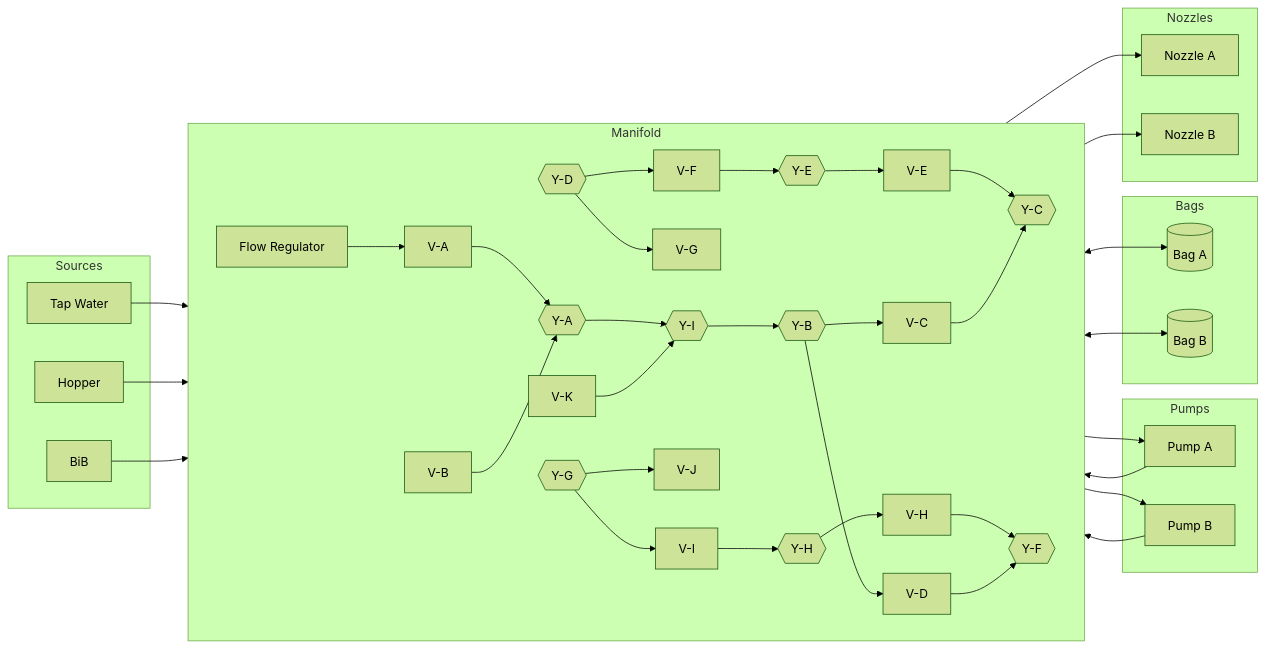
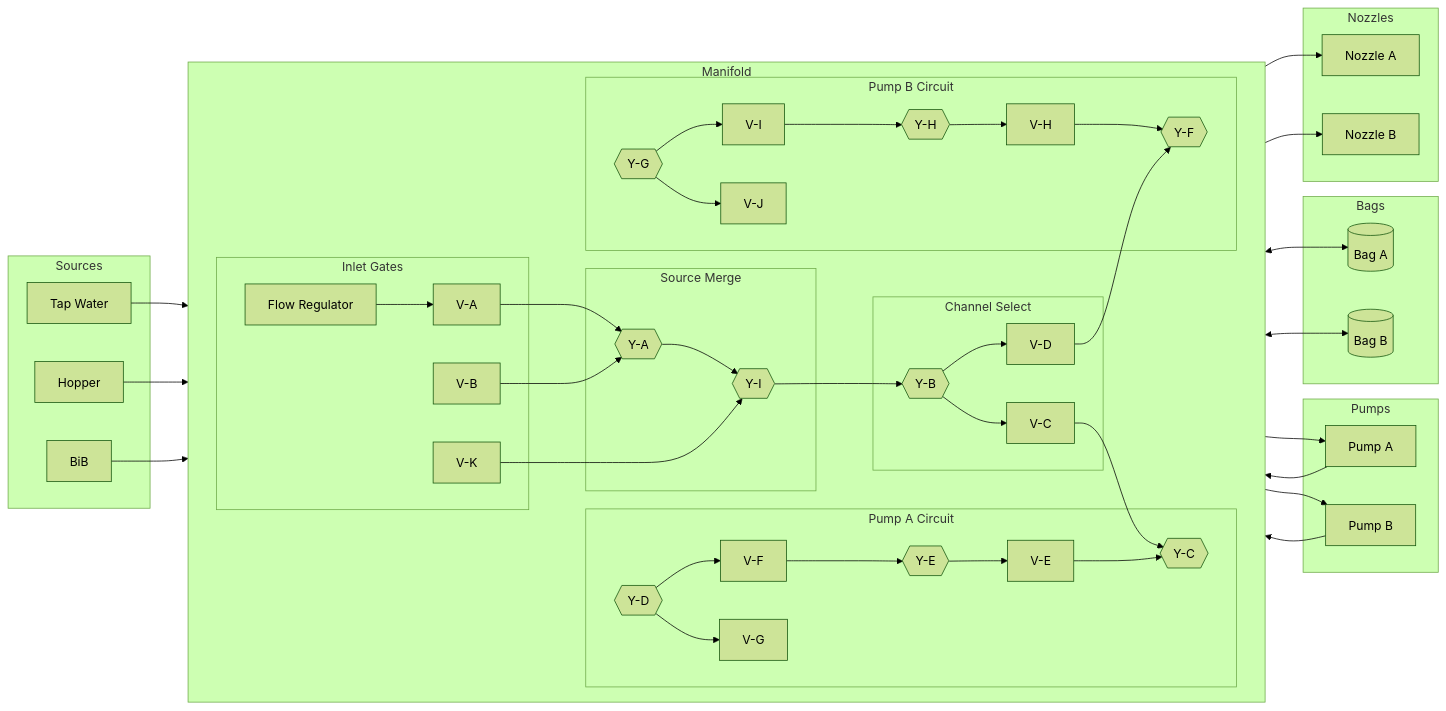
One commit to derekbreden/soda-flavor-injector changed the diagram in hardware/topology/fluid-topology-manifold.mmd. Above: the diagram before and after it, drawn with Mermaid (forest theme).

Commit message:
Add functional subgroups within manifold
Break manifold into Inlet Gates, Source Merge, Channel Select,
Pump A Circuit, and Pump B Circuit subgroups. Remove link styling
in favor of uniform default theme color.

```diff
--- a/hardware/topology/fluid-topology-manifold.mmd
+++ b/hardware/topology/fluid-topology-manifold.mmd
@@ -1,73 +1,114 @@
 flowchart LR
 
   %% =========================
   %% Remote components
   %% =========================
   subgraph Sources["Sources"]
     Tap["Tap Water"]
     Hopper["Hopper"]
     BiB["BiB"]
   end
 
   subgraph Pumps["Pumps"]
     PA["Pump A"]
     PB["Pump B"]
   end
 
   subgraph Bags["Bags"]
     BagA[("Bag A")]
     BagB[("Bag B")]
   end
 
   subgraph Nozzles["Nozzles"]
     NozzleA["Nozzle A"]
     NozzleB["Nozzle B"]
   end
 
   %% =========================
   %% Manifold
   %% =========================
   subgraph Manifold["Manifold"]
     direction LR
 
-    %% Source selection
-    Reg["Flow Regulator"] --> VA["V-A"] --> YA{{"Y-A"}}
-    VB["V-B"] --> YA
-    YA --> YI{{"Y-I"}}
-    VK["V-K"] --> YI
-    YI --> YB{{"Y-B"}}
-    YB --> VC["V-C"]
-    YB --> VD["V-D"]
+    subgraph InletGates["Inlet Gates"]
+      Reg["Flow Regulator"]
+      VA["V-A"]
+      VB["V-B"]
+      VK["V-K"]
+    end
 
-    %% Channel A
-    VE["V-E"] --> YC{{"Y-C"}}
+    subgraph SourceMerge["Source Merge"]
+      YA{{"Y-A"}}
+      YI{{"Y-I"}}
+    end
+
+    subgraph ChannelSelect["Channel Select"]
+      YB{{"Y-B"}}
+      VC["V-C"]
+      VD["V-D"]
+    end
+
+    subgraph PumpACircuit["Pump A Circuit"]
+      VE["V-E"]
+      YC{{"Y-C"}}
+      YD{{"Y-D"}}
+      VF["V-F"]
+      VG["V-G"]
+      YE{{"Y-E"}}
+    end
+
+    subgraph PumpBCircuit["Pump B Circuit"]
+      VH["V-H"]
+      YF{{"Y-F"}}
+      YG{{"Y-G"}}
+      VI["V-I"]
+      VJ["V-J"]
+      YH{{"Y-H"}}
+    end
+
+    %% Inlet Gates connections
+    Reg --> VA
+    VA --> YA
+    VB --> YA
+    VK --> YI
+
+    %% Source Merge connections
+    YA --> YI
+    YI --> YB
+
+    %% Channel Select connections
+    YB --> VC
+    YB --> VD
+
+    %% Pump A Circuit connections
     VC --> YC
-    YD{{"Y-D"}} --> VG["V-G"]
-    YD --> VF["V-F"]
-    VF --> YE{{"Y-E"}}
+    VE --> YC
+    YD --> VG
+    YD --> VF
+    VF --> YE
     YE --> VE
 
-    %% Channel B
-    VH["V-H"] --> YF{{"Y-F"}}
+    %% Pump B Circuit connections
     VD --> YF
-    YG{{"Y-G"}} --> VJ["V-J"]
-    YG --> VI["V-I"]
-    VI --> YH{{"Y-H"}}
+    VH --> YF
+    YG --> VJ
+    YG --> VI
+    VI --> YH
     YH --> VH
   end
 
   %% =========================
   %% Tube runs (manifold ↔ remote)
   %% =========================
   Tap --> Reg
   Hopper --> VB
   BiB --> VK
 
   YC --> PA --> YD
   YF --> PB --> YG
 
   YE <--> BagA
   YH <--> BagB
 
   VG --> NozzleA
   VJ --> NozzleB
```
